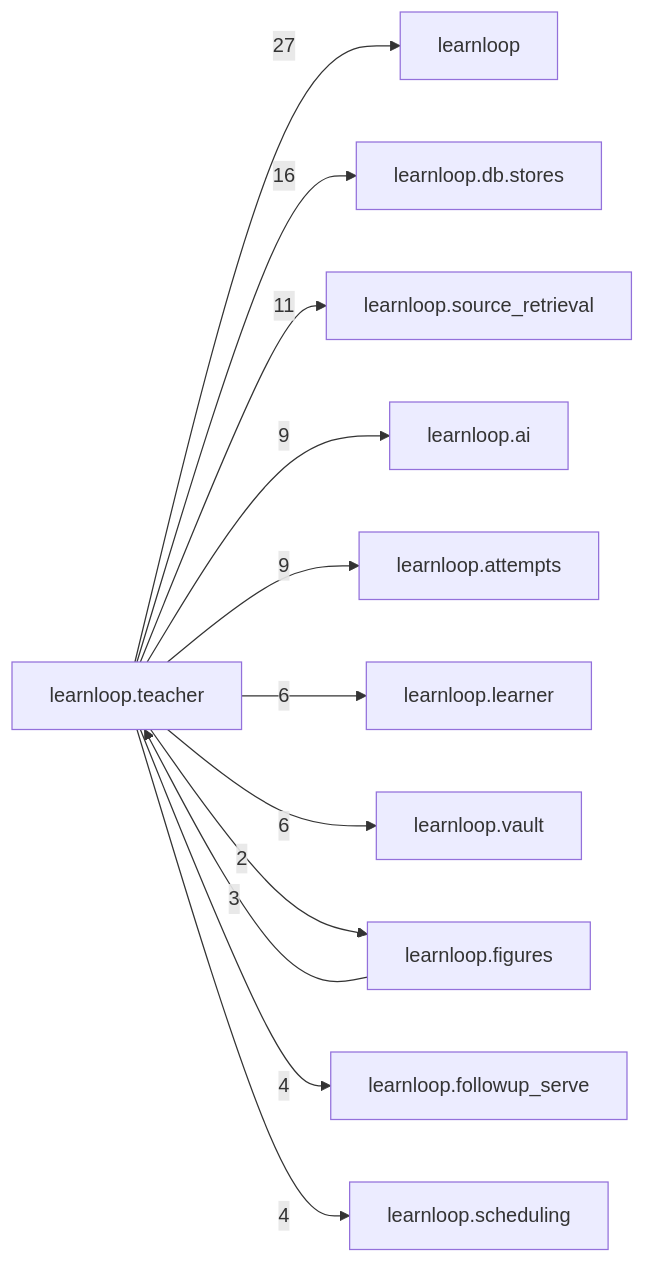
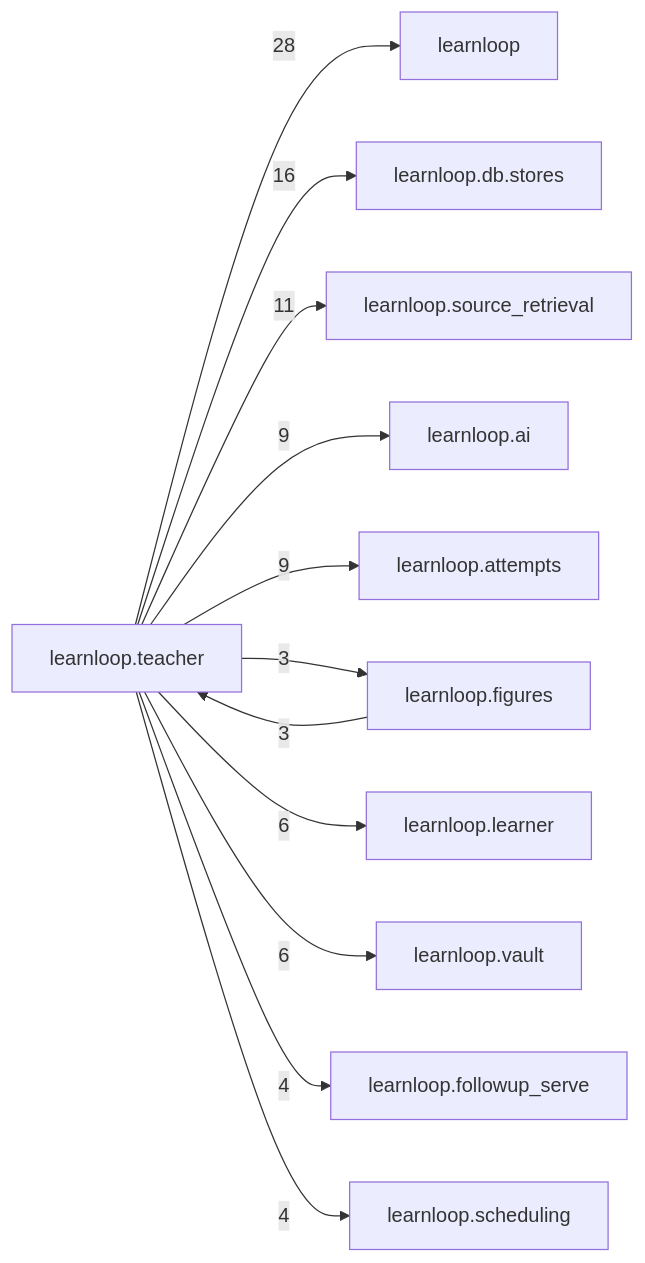
Before and after one commit to 6up-b/learnanything: the diagram in docs/learnloop-architecture-vault/Reference/Modules/learnloop/teacher/_package.md, drawn with Mermaid. The commit also changed other lines of this file and 49 other files, not shown here.

````diff
--- a/docs/learnloop-architecture-vault/Reference/Modules/learnloop/teacher/_package.md
+++ b/docs/learnloop-architecture-vault/Reference/Modules/learnloop/teacher/_package.md
@@ -123,25 +123,25 @@
 ```mermaid
 flowchart LR
     center["learnloop.teacher"]
     n_learnloop["learnloop"]
     n_learnloop_db_stores["learnloop.db.stores"]
     n_learnloop_source_retrieval["learnloop.source_retrieval"]
     n_learnloop_ai["learnloop.ai"]
     n_learnloop_attempts["learnloop.attempts"]
+    n_learnloop_figures["learnloop.figures"]
     n_learnloop_learner["learnloop.learner"]
     n_learnloop_vault["learnloop.vault"]
-    n_learnloop_figures["learnloop.figures"]
     n_learnloop_followup_serve["learnloop.followup_serve"]
     n_learnloop_scheduling["learnloop.scheduling"]
-    center -->|27| n_learnloop
+    center -->|28| n_learnloop
     center -->|16| n_learnloop_db_stores
     center -->|11| n_learnloop_source_retrieval
     center -->|9| n_learnloop_ai
     center -->|9| n_learnloop_attempts
+    n_learnloop_figures -->|3| center
+    center -->|3| n_learnloop_figures
     center -->|6| n_learnloop_learner
     center -->|6| n_learnloop_vault
-    n_learnloop_figures -->|3| center
-    center -->|2| n_learnloop_figures
     center -->|4| n_learnloop_followup_serve
     center -->|4| n_learnloop_scheduling
 ```
````
